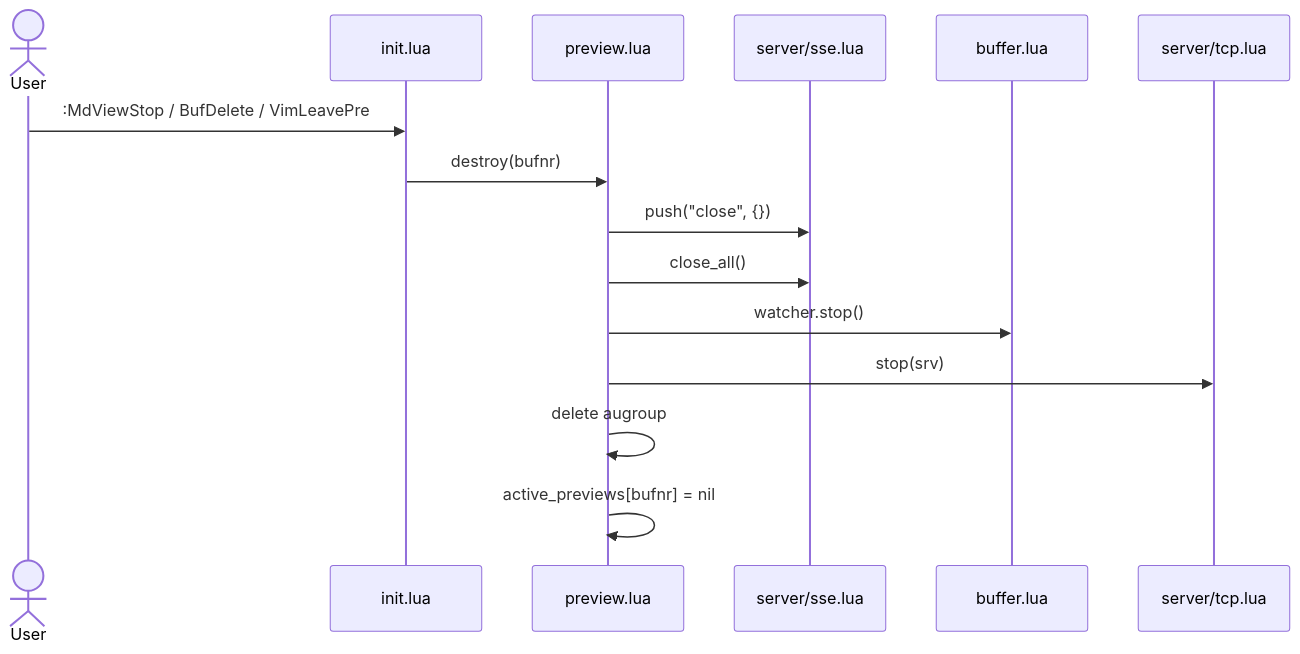
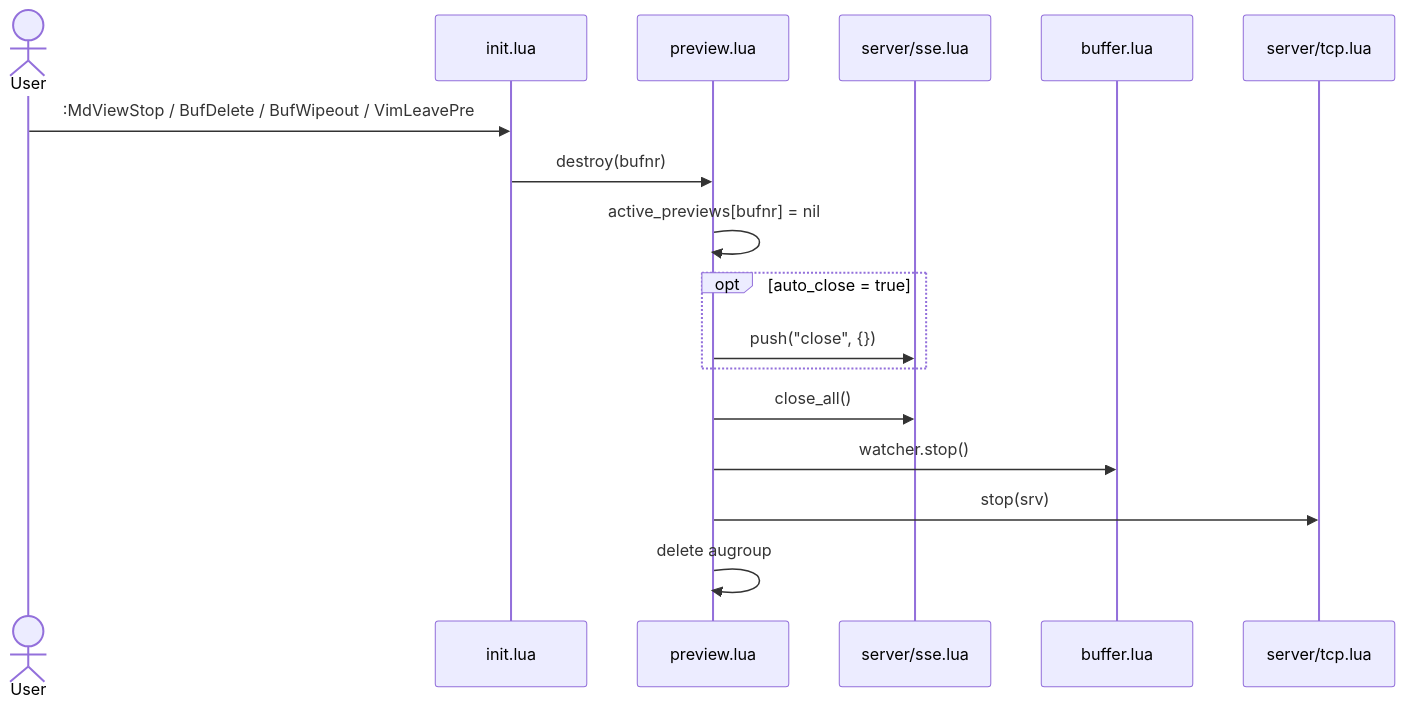
Before and after one commit to kcayme/md-view.nvim: the sixth of 11 diagrams in docs/ARCHITECTURE.md, drawn with Mermaid. The commit also changed other lines of this file, not shown here.

Commit message:
docs: updated data flow diagrams

````diff
--- a/docs/ARCHITECTURE.md
+++ b/docs/ARCHITECTURE.md
@@ -184,18 +190,20 @@
 ```mermaid
 sequenceDiagram
     actor User
     participant init as init.lua
     participant preview as preview.lua
     participant sse as server/sse.lua
     participant buffer as buffer.lua
     participant server as server/tcp.lua
 
-    User->>init: :MdViewStop / BufDelete / VimLeavePre
+    User->>init: :MdViewStop / BufDelete / BufWipeout / VimLeavePre
     init->>preview: destroy(bufnr)
-    preview->>sse: push("close", {})
+    preview->>preview: active_previews[bufnr] = nil
+    opt auto_close = true
+        preview->>sse: push("close", {})
+    end
     preview->>sse: close_all()
     preview->>buffer: watcher.stop()
     preview->>server: stop(srv)
     preview->>preview: delete augroup
-    preview->>preview: active_previews[bufnr] = nil
 ```
````
